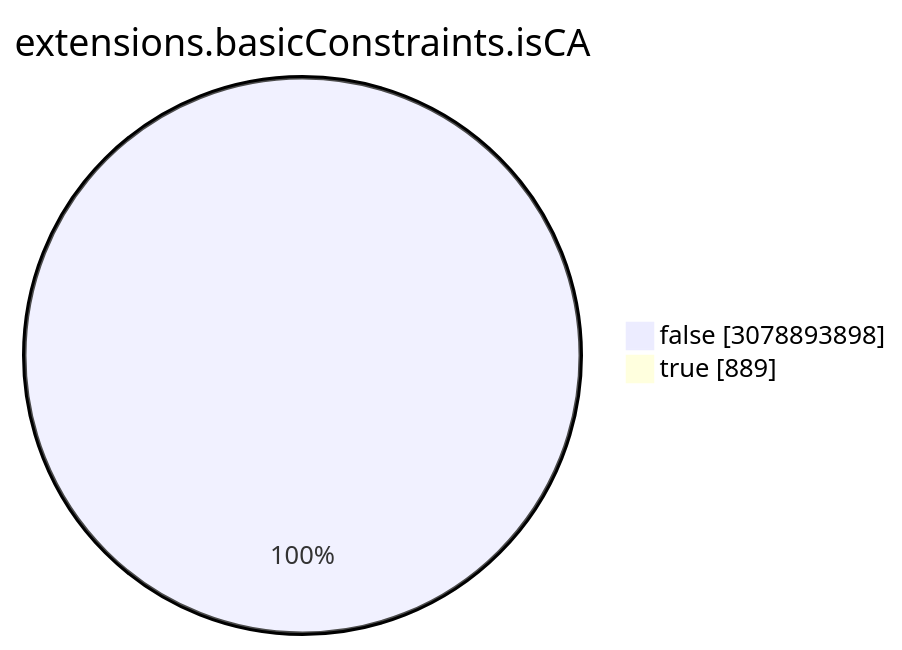
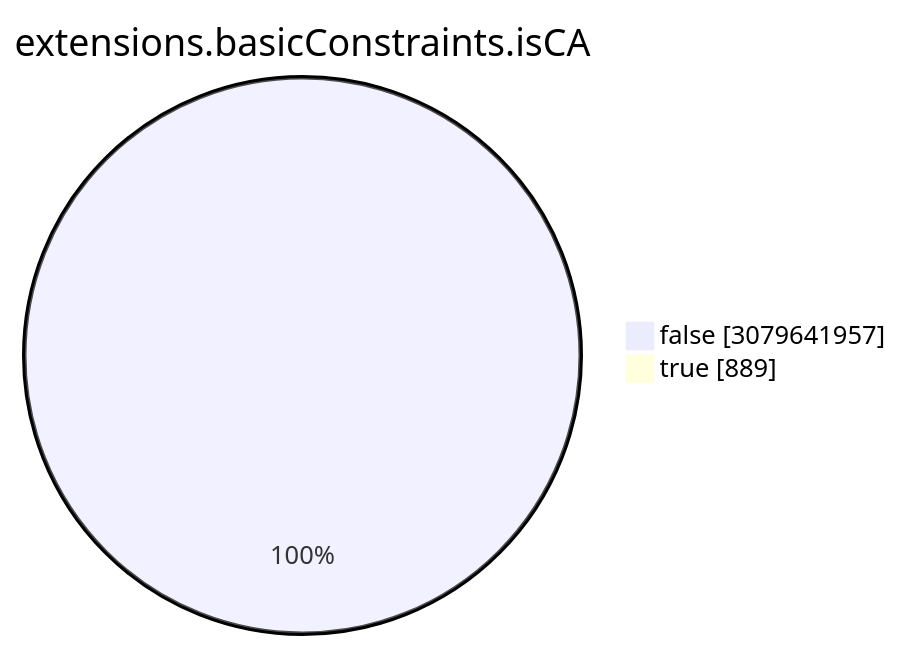
One commit to christiankrug/ctmonitor_visualization changed the seventh of 15 diagrams in TOTAL/README.md. Above: the diagram before and after it, drawn with Mermaid. The commit also changed other lines of this file, not shown here.

````diff
--- a/TOTAL/README.md
+++ b/TOTAL/README.md
@@ -3086,6 +3086,6 @@
 ```mermaid
 pie showData
 title extensions.basicConstraints.isCA
-"false" :3078893898
+"false" :3079641957
 "true" :889
 ```
````
